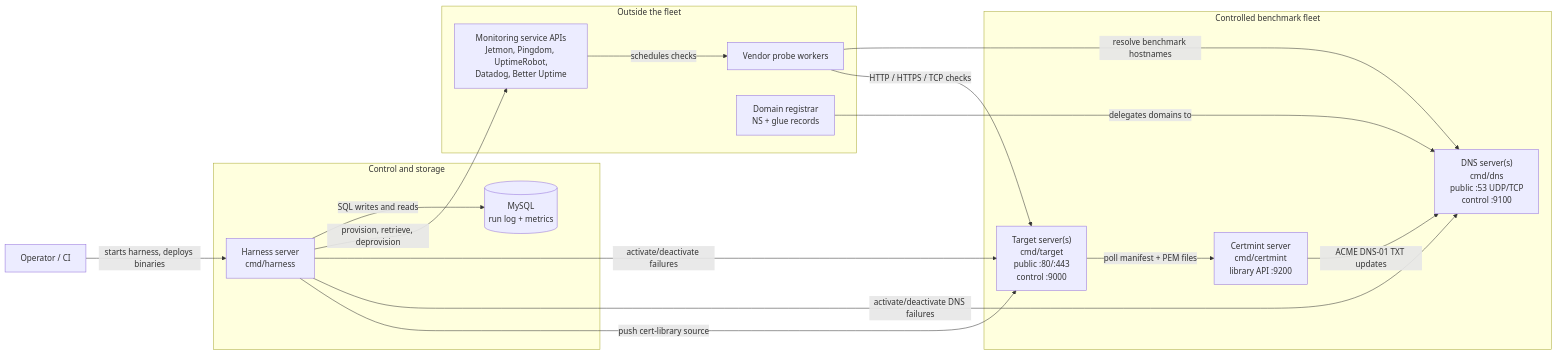
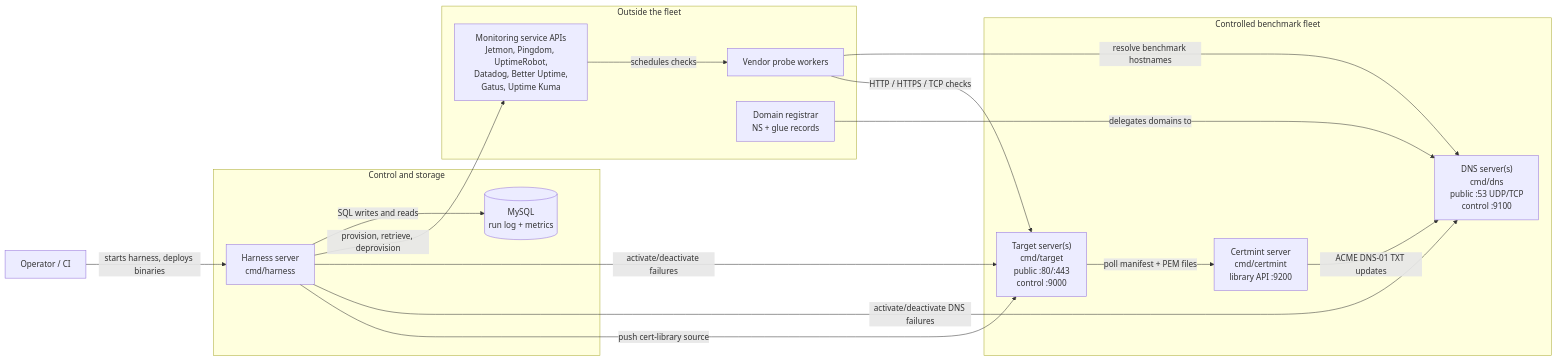
Before and after one commit to Automattic/uptime-bench: the diagram in docs/fleet-overview.md, drawn with Mermaid. The commit also changed 12 other files, not shown here.

````diff
--- a/docs/fleet-overview.md
+++ b/docs/fleet-overview.md
@@ -9,36 +9,36 @@
 ```mermaid
 flowchart LR
   Operator["Operator / CI"]
 
   subgraph Control["Control and storage"]
     Harness["Harness server<br/>cmd/harness"]
     DB[("MySQL<br/>run log + metrics")]
   end
 
   subgraph Fleet["Controlled benchmark fleet"]
     Target["Target server(s)<br/>cmd/target<br/>public :80/:443<br/>control :9000"]
     DNS["DNS server(s)<br/>cmd/dns<br/>public :53 UDP/TCP<br/>control :9100"]
     Certmint["Certmint server<br/>cmd/certmint<br/>library API :9200"]
   end
 
   subgraph External["Outside the fleet"]
-    VendorAPI["Monitoring service APIs<br/>Jetmon, Pingdom, UptimeRobot,<br/>Datadog, Better Uptime"]
+    VendorAPI["Monitoring service APIs<br/>Jetmon, Pingdom, UptimeRobot,<br/>Datadog, Better Uptime,<br/>Gatus, Uptime Kuma"]
     Probes["Vendor probe workers"]
     Registrar["Domain registrar<br/>NS + glue records"]
   end
 
   Operator -->|"starts harness, deploys binaries"| Harness
   Harness -->|"SQL writes and reads"| DB
   Harness -->|"provision, retrieve, deprovision"| VendorAPI
   Harness -->|"activate/deactivate failures"| Target
   Harness -->|"activate/deactivate DNS failures"| DNS
   Harness -->|"push cert-library source"| Target
 
   VendorAPI -->|"schedules checks"| Probes
   Probes -->|"resolve benchmark hostnames"| DNS
   Probes -->|"HTTP / HTTPS / TCP checks"| Target
 
   Registrar -->|"delegates domains to"| DNS
   Certmint -->|"ACME DNS-01 TXT updates"| DNS
   Target -->|"poll manifest + PEM files"| Certmint
 ```
````
